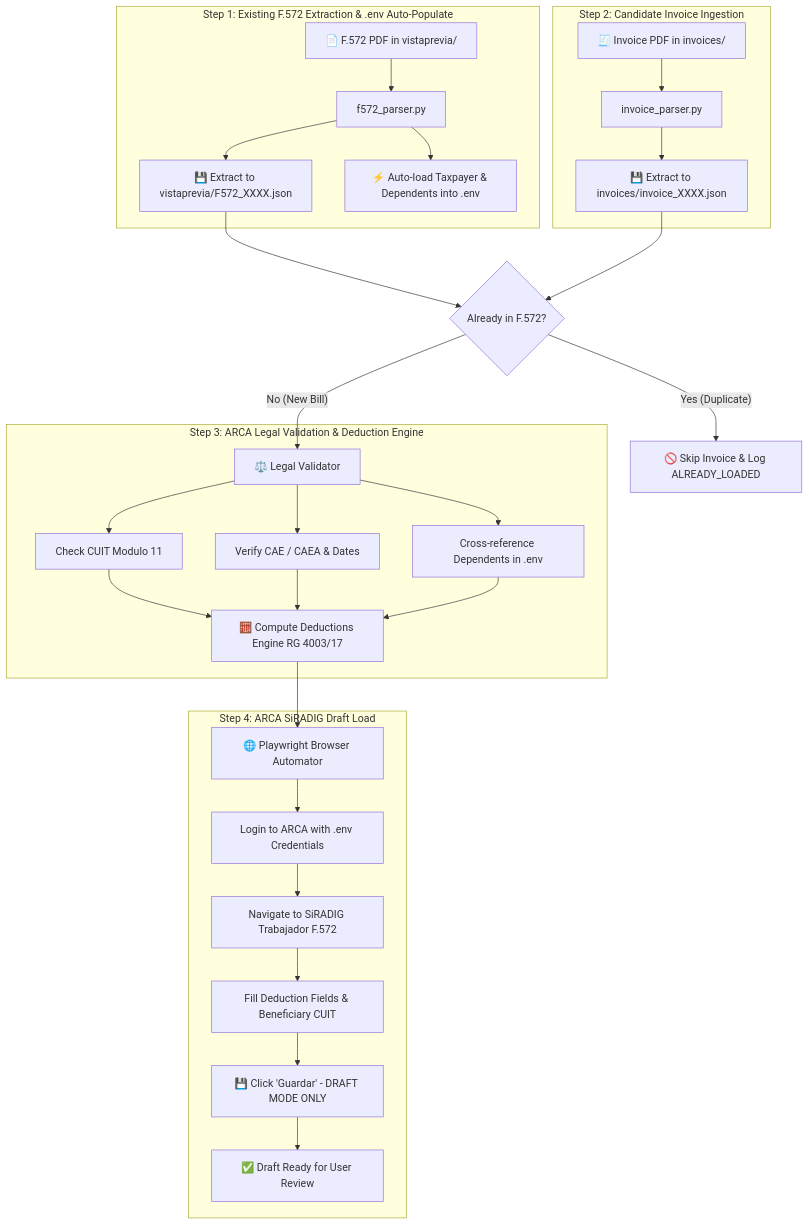
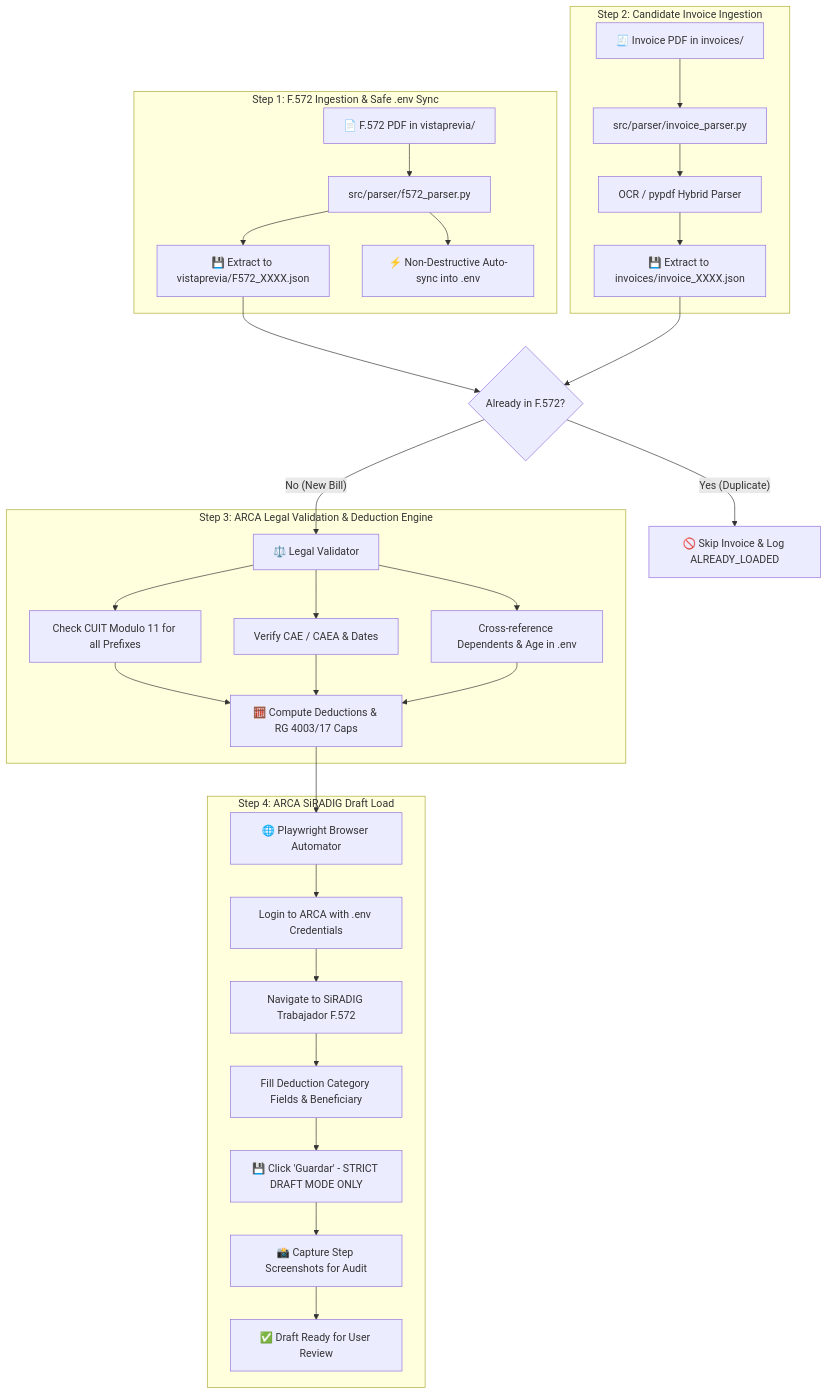
Before and after one commit to gbenselum/agente_arca: the diagram in README.md, drawn with Mermaid. The commit also changed other lines of this file and 26 other files, not shown here.

````diff
--- a/README.md
+++ b/README.md
@@ -9,36 +9,38 @@
 ```mermaid
 flowchart TD
-    subgraph Step1["Step 1: Existing F.572 Extraction & .env Auto-Populate"]
-        A[📄 F.572 PDF in vistaprevia/] --> B[f572_parser.py]
+    subgraph Step1["Step 1: F.572 Ingestion & Safe .env Sync"]
+        A[📄 F.572 PDF in vistaprevia/] --> B[src/parser/f572_parser.py]
         B --> C[💾 Extract to vistaprevia/F572_XXXX.json]
-        B --> C2[⚡ Auto-load Taxpayer & Dependents into .env]
+        B --> C2[⚡ Non-Destructive Auto-sync into .env]
     end
 
     subgraph Step2["Step 2: Candidate Invoice Ingestion"]
-        D[🧾 Invoice PDF in invoices/] --> E[invoice_parser.py]
-        E --> F[💾 Extract to invoices/invoice_XXXX.json]
+        D[🧾 Invoice PDF in invoices/] --> E[src/parser/invoice_parser.py]
+        E --> E2[OCR / pypdf Hybrid Parser]
+        E2 --> F[💾 Extract to invoices/invoice_XXXX.json]
     end
 
     C --> G{Already in F.572?}
     F --> G
 
     G -- Yes (Duplicate) --> H[🚫 Skip Invoice & Log ALREADY_LOADED]
     G -- No (New Bill) --> I[⚖️ Legal Validator]
 
     subgraph Step3["Step 3: ARCA Legal Validation & Deduction Engine"]
-        I --> I1[Check CUIT Modulo 11]
+        I --> I1[Check CUIT Modulo 11 for all Prefixes]
         I --> I2[Verify CAE / CAEA & Dates]
-        I --> I3[Cross-reference Dependents in .env]
-        I1 & I2 & I3 --> J[🧮 Compute Deductions Engine RG 4003/17]
+        I --> I3[Cross-reference Dependents & Age in .env]
+        I1 & I2 & I3 --> J[🧮 Compute Deductions & RG 4003/17 Caps]
     end
 
     J --> K[🌐 Playwright Browser Automator]
 
     subgraph Step4["Step 4: ARCA SiRADIG Draft Load"]
         K --> L[Login to ARCA with .env Credentials]
         L --> M[Navigate to SiRADIG Trabajador F.572]
-        M --> N[Fill Deduction Fields & Beneficiary CUIT]
-        N --> O[💾 Click 'Guardar' - DRAFT MODE ONLY]
-        O --> P[✅ Draft Ready for User Review]
+        M --> N[Fill Deduction Category Fields & Beneficiary]
+        N --> O[💾 Click 'Guardar' - STRICT DRAFT MODE ONLY]
+        O --> P[📸 Capture Step Screenshots for Audit]
+        P --> Q[✅ Draft Ready for User Review]
     end
 ```
````
